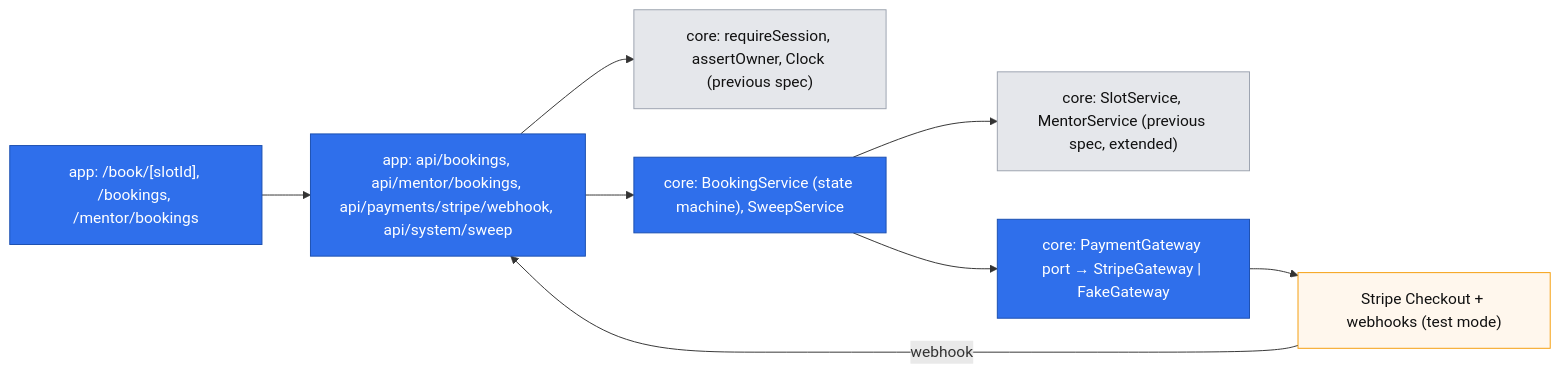
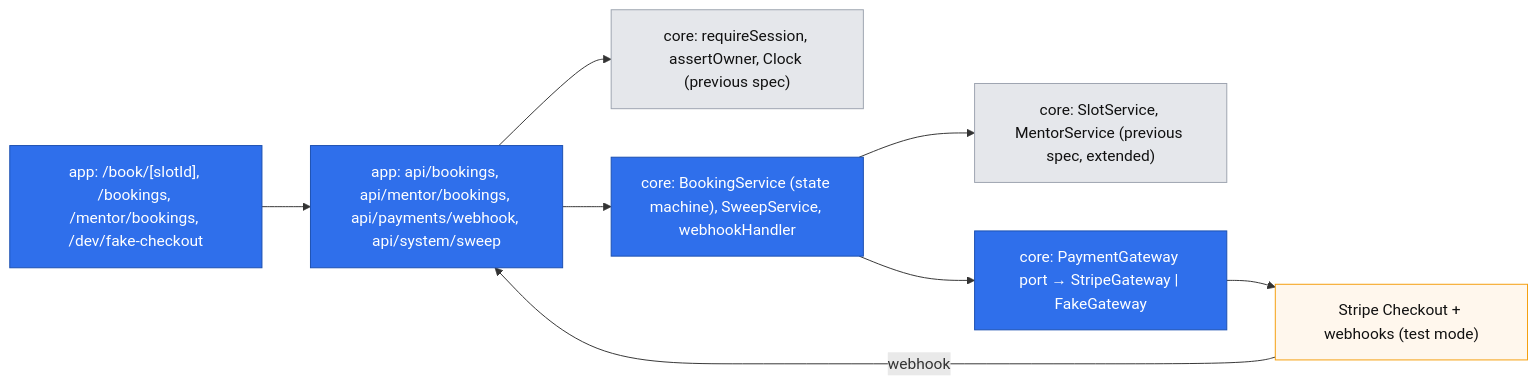
One commit to agarzel/ai_tech_leaders_project changed the first of 2 diagrams in .ai/specs/2026-10-19-booking-and-prepayment.md. Above: the diagram before and after it, drawn with Mermaid. The commit also changed other lines of this file and 2 other files, not shown here.

Commit message:
docs(spec): apply both reviews to the booking spec; D16 card payments only

````diff
--- a/.ai/specs/2026-10-19-booking-and-prepayment.md
+++ b/.ai/specs/2026-10-19-booking-and-prepayment.md
@@ -35,20 +36,20 @@
 ```mermaid
 flowchart LR
     classDef existing fill:#e5e7eb,color:#111,stroke:#9ca3af
     classDef new fill:#2f6feb,color:#fff,stroke:#1b4fb0
     classDef ext fill:#fff7ed,color:#111,stroke:#f59e0b
-    a1["app: /book/[slotId], /bookings, /mentor/bookings"]:::new
-    a2["app: api/bookings, api/mentor/bookings, api/payments/stripe/webhook, api/system/sweep"]:::new
+    a1["app: /book/[slotId], /bookings, /mentor/bookings, /dev/fake-checkout"]:::new
+    a2["app: api/bookings, api/mentor/bookings, api/payments/webhook, api/system/sweep"]:::new
     c1["core: requireSession, assertOwner, Clock (previous spec)"]:::existing
     c2["core: SlotService, MentorService (previous spec, extended)"]:::existing
-    c3["core: BookingService (state machine), SweepService"]:::new
+    c3["core: BookingService (state machine), SweepService, webhookHandler"]:::new
     c4["core: PaymentGateway port → StripeGateway | FakeGateway"]:::new
     s1["Stripe Checkout + webhooks (test mode)"]:::ext
     a1 --> a2
     a2 --> c1
     a2 --> c3
     c3 --> c2
     c3 --> c4
     c4 --> s1
     s1 -->|webhook| a2
 ```
````
